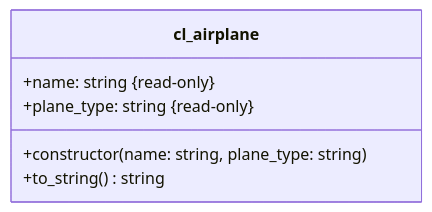
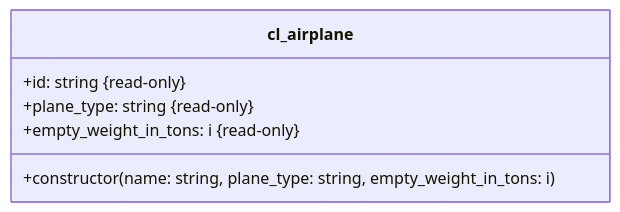
The diagram in docs/exercises/abap-objects/abap-objects-03.md (appenmaier/s4hana), drawn with Mermaid before and after one commit. The commit also changed other lines of this file and 15 other files, not shown here.

````diff
--- a/docs/exercises/abap-objects/abap-objects-03.md
+++ b/docs/exercises/abap-objects/abap-objects-03.md
@@ -11,9 +11,9 @@
 ```mermaid
 classDiagram
-    class cl_airplane {
-      +name: string &#123read-only&#125
+   class cl_airplane {
+      +id: string &#123read-only&#125
       +plane_type: string &#123read-only&#125
-      +constructor(name: string, plane_type: string)
-      +to_string() string
-    }
+      +empty_weight_in_tons: i &#123read-only&#125
+      +constructor(name: string, plane_type: string, empty_weight_in_tons: i)
+   }
 ```
````
